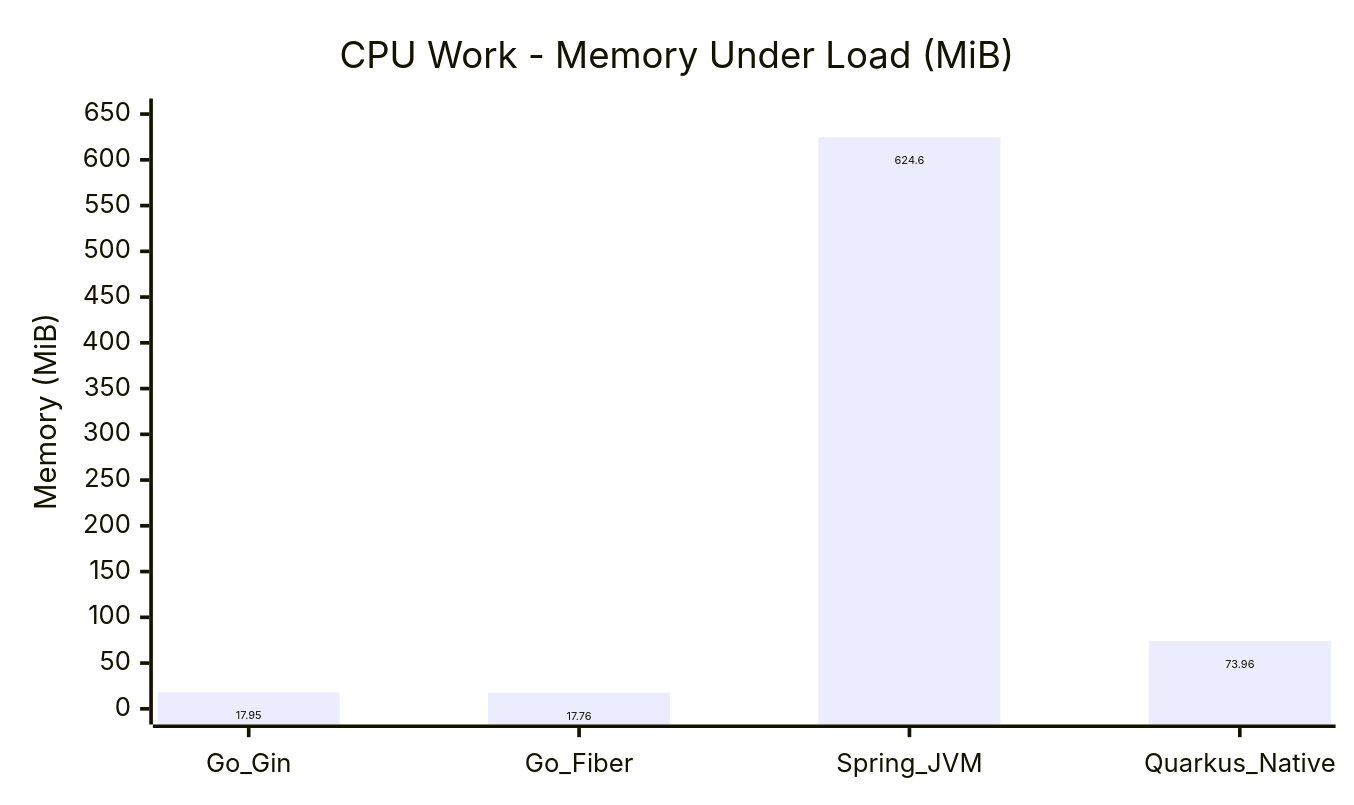
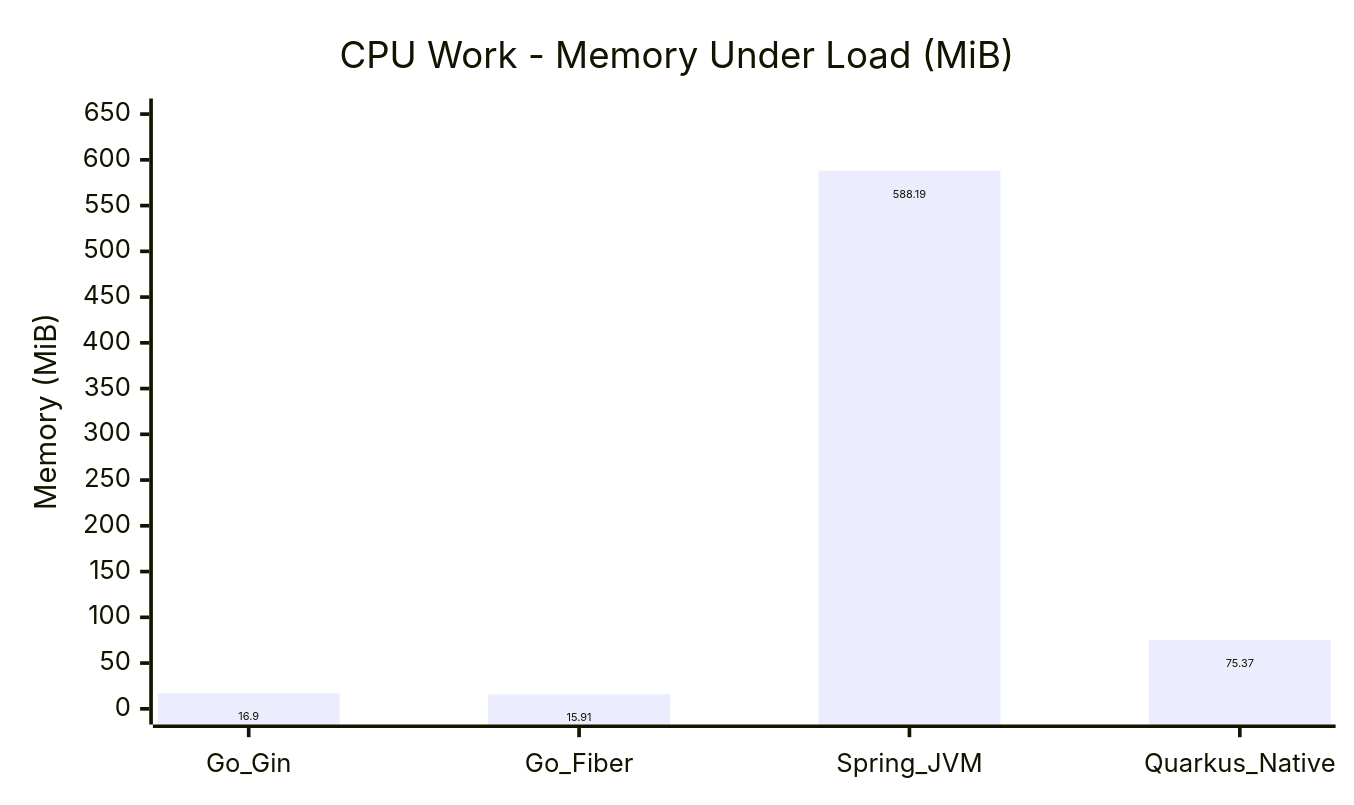
One commit to hiiamtin/go-vs-java changed diagram 12 of 15 in COMPARISON_REPORT.md. Above: the diagram before and after it, drawn with Mermaid. The commit also changed other lines of this file and 93 other files, not shown here.

````diff
--- a/COMPARISON_REPORT.md
+++ b/COMPARISON_REPORT.md
@@ -221,14 +221,14 @@
 ```mermaid
 ---
 config:
   xyChart:
     width: 720
     height: 420
     showDataLabel: true
 ---
 xychart
     title "CPU Work - Memory Under Load (MiB)"
     x-axis [Go_Gin, Go_Fiber, Spring_JVM, Quarkus_Native]
     y-axis "Memory (MiB)" 0 --> 650
-    bar [17.95, 17.76, 624.6, 73.96]
+    bar [16.90, 15.91, 588.19, 75.37]
 ```
````
